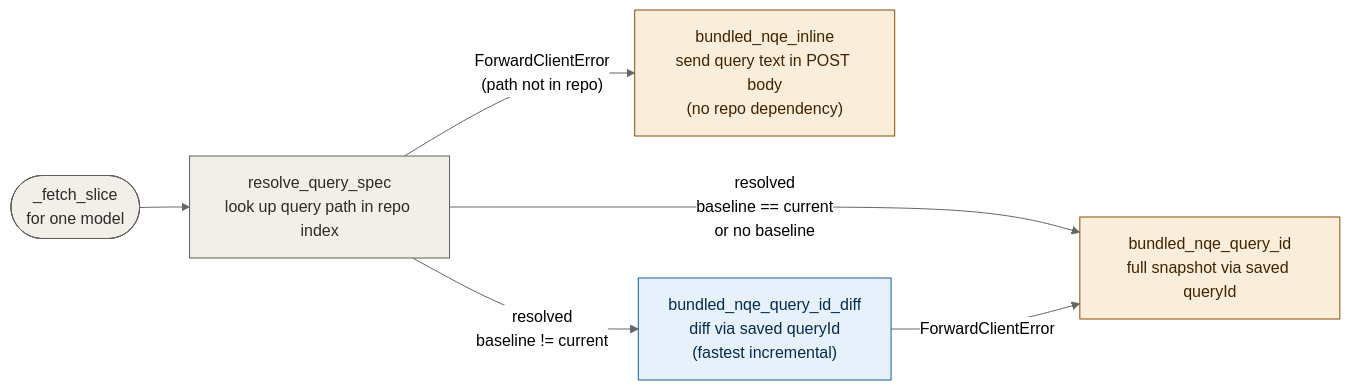
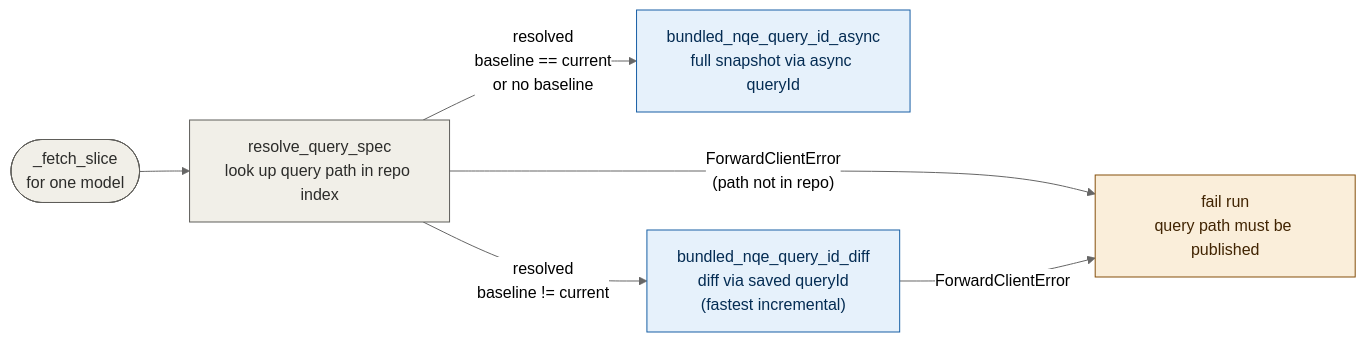
One commit to forwardnetworks/nautobot-app-ssot-forward changed the fourth of 5 diagrams in docs/architecture-flow.md. Above: the diagram before and after it, drawn with Mermaid (neutral theme). The commit also changed other lines of this file and 15 other files, not shown here.

Commit message:
Require async query ID execution

````diff
--- a/docs/architecture-flow.md
+++ b/docs/architecture-flow.md
@@ -165,23 +165,23 @@
 ```mermaid
 flowchart LR
     start(["_fetch_slice\nfor one model"])
 
     try_resolve["resolve_query_spec\nlook up query path in repo index"]
-    inline["bundled_nqe_inline\nsend query text in POST body\n(no repo dependency)"]
-    saved_snap["bundled_nqe_query_id\nfull snapshot via saved queryId"]
+    fail["fail run\nquery path must be published"]
+    saved_snap["bundled_nqe_query_id_async\nfull snapshot via async queryId"]
     saved_diff["bundled_nqe_query_id_diff\ndiff via saved queryId\n(fastest incremental)"]
 
     start --> try_resolve
-    try_resolve -- "ForwardClientError\n(path not in repo)" --> inline
+    try_resolve -- "ForwardClientError\n(path not in repo)" --> fail
     try_resolve -- "resolved\nbaseline == current\nor no baseline" --> saved_snap
     try_resolve -- "resolved\nbaseline != current" --> saved_diff
-    saved_diff -- "ForwardClientError" --> saved_snap
+    saved_diff -- "ForwardClientError" --> fail
 
     classDef neutral fill:#F1EFE8,stroke:#5F5E5A,color:#2C2C2A;
     classDef fwdnode fill:#E6F1FB,stroke:#185FA5,color:#042C53;
     classDef warn fill:#FAEEDA,stroke:#854F0B,color:#412402;
 
     class start,try_resolve neutral;
-    class inline,saved_snap warn;
-    class saved_diff fwdnode;
+    class fail warn;
+    class saved_snap,saved_diff fwdnode;
 ```
````
